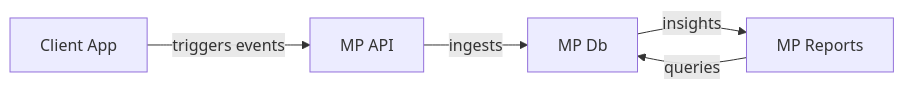
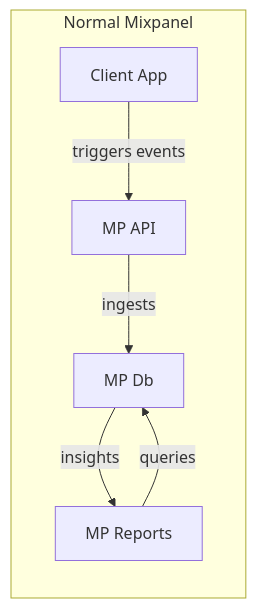
The first of 2 diagrams in README.md (optiblackcode/fixpanel), drawn with Mermaid before and after one commit. The commit also changed other lines of this file, not shown here.

Commit message:
cleaner diagram

````diff
--- a/README.md
+++ b/README.md
@@ -155,8 +157,11 @@
 ```mermaid
 flowchart LR
-  B[Client App]
-  B -->|triggers events| C[MP API] -->|ingests| D[MP Db]
-  
-  E -->|queries| D[MP Db]
-  D -->|insights| E[MP Reports]
+
+    subgraph " Normal Mixpanel "
+        B[Client App]
+        B -->|triggers events| C[MP API]
+        C -->|ingests| D[MP Db]
+        D -->|insights| E[MP Reports]
+        E -->|queries| D
+    end
 ```
````
